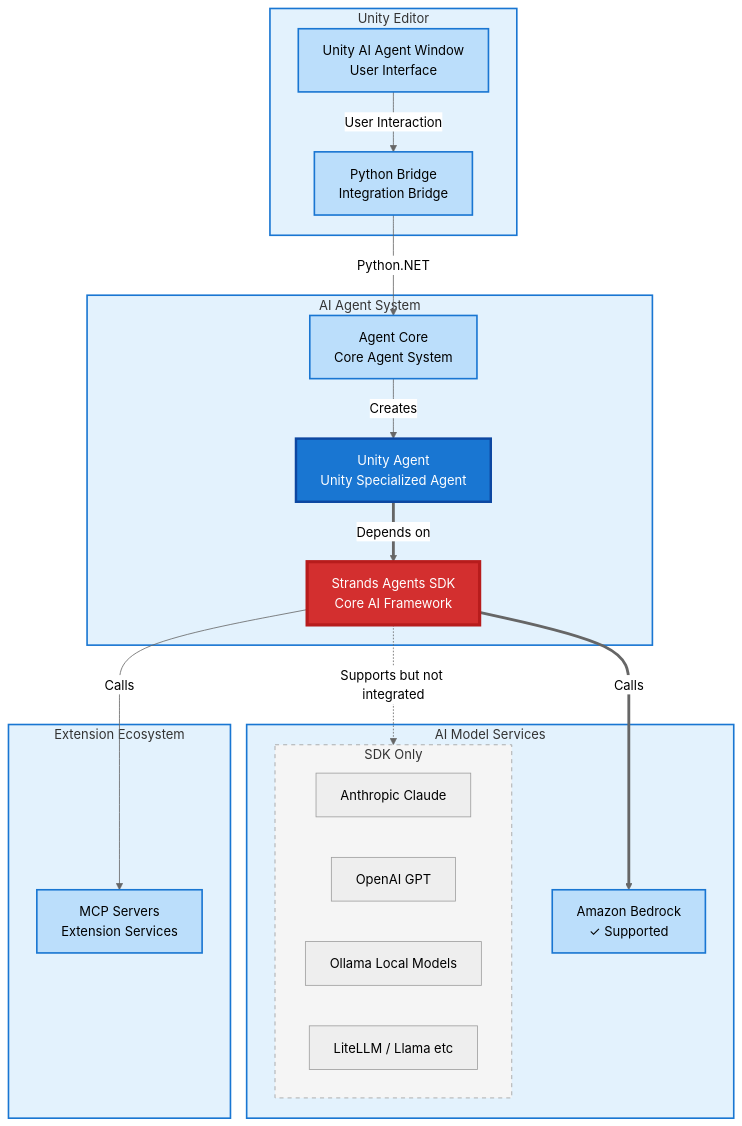
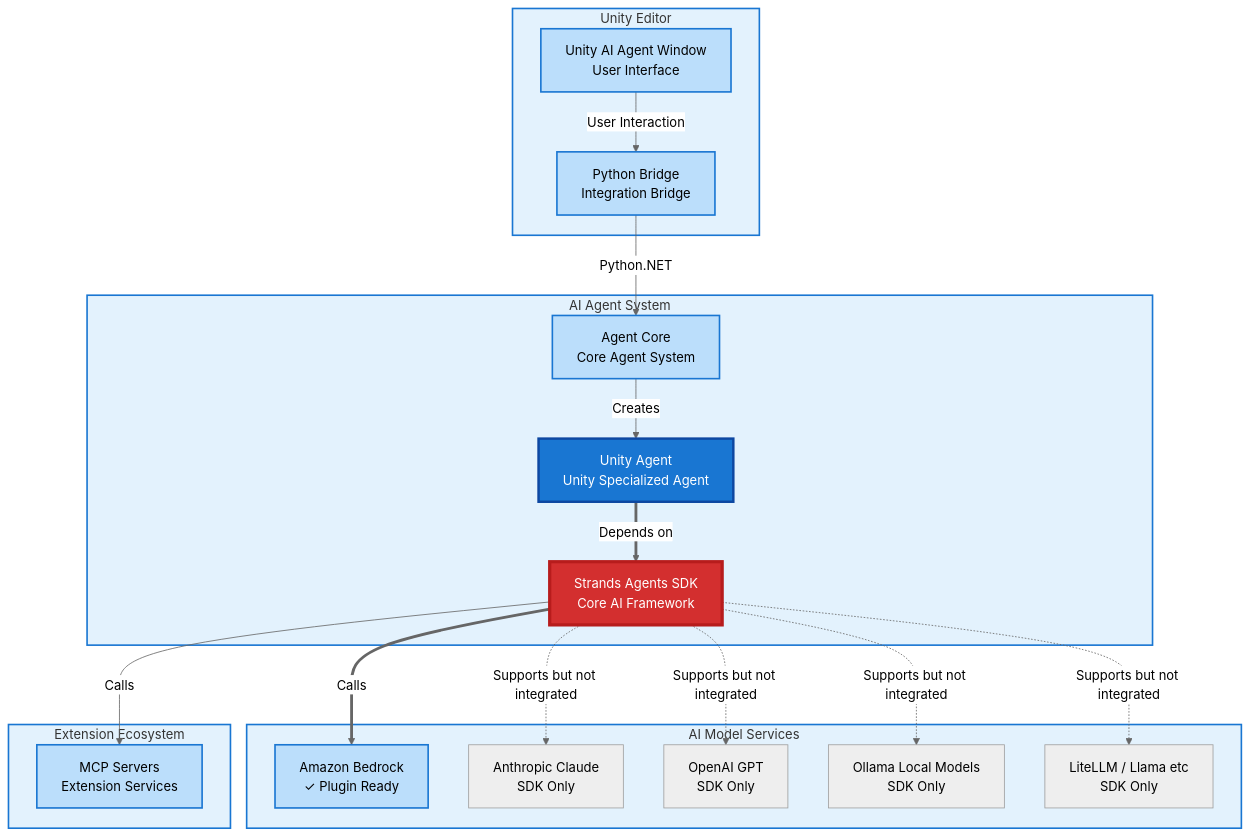
The second of 2 diagrams in README.md (ddpie/unity-strands-agent), drawn with Mermaid before and after one commit. The commit also changed other lines of this file, not shown here.

Commit message:
update README.md to enhance AI model service descriptions
- revised terminology for AI model services to clarify plugin and SDK support
- updated visual representation in architecture diagrams for better understanding
- ensured consistency in service labeling across different sections

````diff
--- a/README.md
+++ b/README.md
@@ -270,61 +270,61 @@
 ```mermaid
 %%{init: {'theme':'neutral'}}%%
 graph TD
     subgraph Unity["Unity Editor"]
         UI[Unity AI Agent Window<br/>User Interface]
         PB[Python Bridge<br/>Integration Bridge]
     end
     
     subgraph AgentPython["AI Agent System"]
         AC[Agent Core<br/>Core Agent System]
         UA[Unity Agent<br/>Unity Specialized Agent]
         SDK[Strands Agents SDK<br/>Core AI Framework]
     end
     
     subgraph ModelServices["AI Model Services"]
-        AWS[Amazon Bedrock<br/>✓ Supported]
-        subgraph OtherAI[SDK Only]
-            ANTHROPIC[Anthropic Claude]
-            OPENAI[OpenAI GPT]
-            OLLAMA[Ollama Local Models]
-            OTHERS[LiteLLM / Llama etc]
-        end
+        AWS[Amazon Bedrock<br/>✓ Plugin Ready]
+        ANTHROPIC[Anthropic Claude<br/>SDK Only]
+        OPENAI[OpenAI GPT<br/>SDK Only]
+        OLLAMA[Ollama Local Models<br/>SDK Only]
+        OTHERS[LiteLLM / Llama etc<br/>SDK Only]
     end
     
     subgraph MCPServices["Extension Ecosystem"]
         MCP[MCP Servers<br/>Extension Services]
     end
     
     %% Connections
     UI -->|User Interaction| PB
     PB -->|Python.NET| AC
     AC -->|Creates| UA
     UA ==>|Depends on| SDK
     SDK ==>|Calls| AWS
-    SDK -.->|Supports but not integrated| OtherAI
+    SDK -.->|Supports but not integrated| ANTHROPIC
+    SDK -.->|Supports but not integrated| OPENAI
+    SDK -.->|Supports but not integrated| OLLAMA
+    SDK -.->|Supports but not integrated| OTHERS
     SDK -->|Calls| MCP
     
     %% Subgraph styles
     style Unity fill:#E3F2FD,stroke:#1976D2,stroke-width:2px
     style AgentPython fill:#E3F2FD,stroke:#1976D2,stroke-width:2px
     style ModelServices fill:#E3F2FD,stroke:#1976D2,stroke-width:2px
     style MCPServices fill:#E3F2FD,stroke:#1976D2,stroke-width:2px
     
     %% Node styles - Blue for supported features
     style UI fill:#BBDEFB,stroke:#1976D2,stroke-width:2px
     style PB fill:#BBDEFB,stroke:#1976D2,stroke-width:2px
     style AC fill:#BBDEFB,stroke:#1976D2,stroke-width:2px
     style UA fill:#1976D2,stroke:#0D47A1,stroke-width:3px,color:#FFF
     style AWS fill:#BBDEFB,stroke:#1976D2,stroke-width:2px
     style MCP fill:#BBDEFB,stroke:#1976D2,stroke-width:2px
     
     %% Core SDK - Red for emphasis
     style SDK fill:#D32F2F,stroke:#B71C1C,stroke-width:4px,color:#FFF
     
-    %% Unsupported services - Gray
-    style OtherAI fill:#F5F5F5,stroke:#9E9E9E,stroke-width:1px,stroke-dasharray: 5 5
+    %% SDK Only services - Gray
     style ANTHROPIC fill:#EEEEEE,stroke:#9E9E9E,stroke-width:1px
     style OPENAI fill:#EEEEEE,stroke:#9E9E9E,stroke-width:1px
     style OLLAMA fill:#EEEEEE,stroke:#9E9E9E,stroke-width:1px
     style OTHERS fill:#EEEEEE,stroke:#9E9E9E,stroke-width:1px
 ```
````
